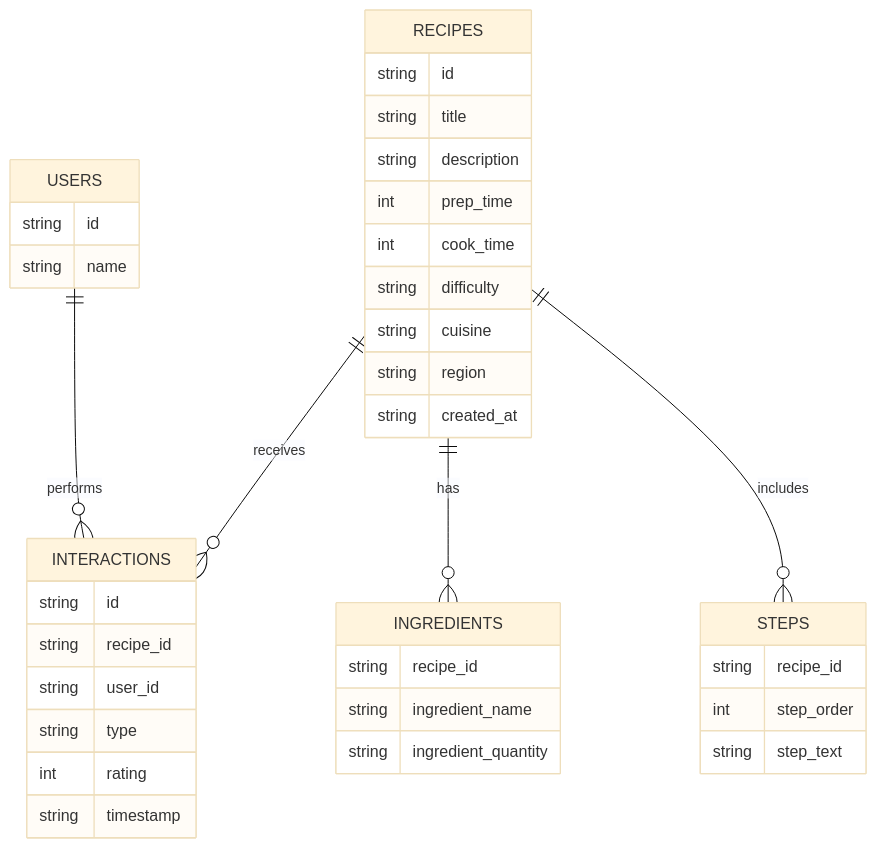
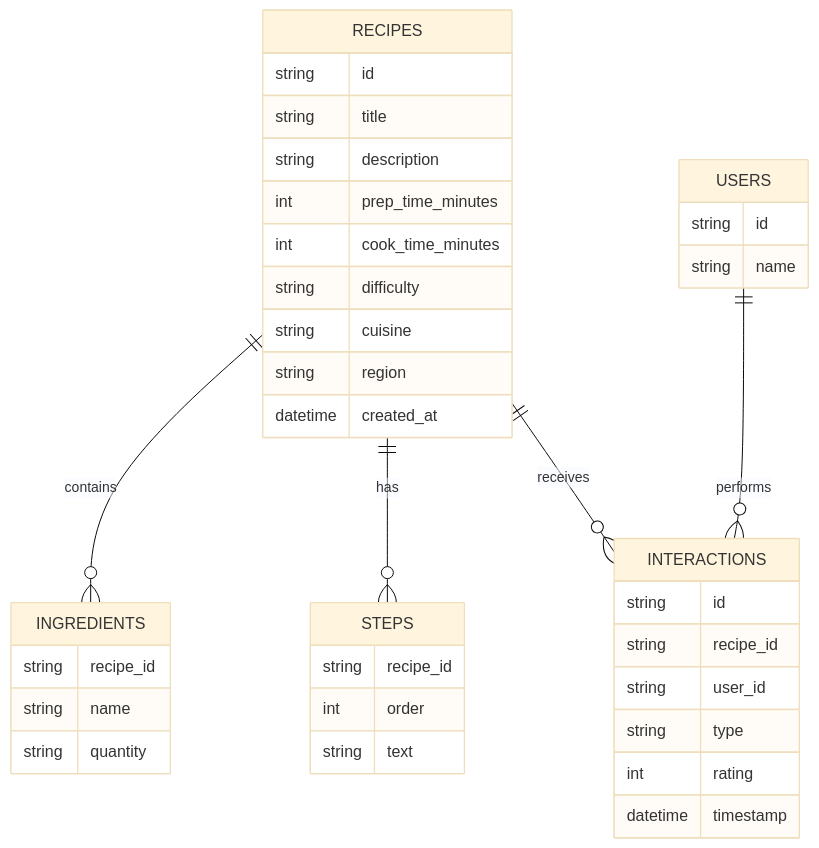
One commit to aadi432/recipe-pipeline changed the first of 2 diagrams in README.md. Above: the diagram before and after it, drawn with Mermaid (base theme). The commit also changed other lines of this file, not shown here.

```diff
--- a/README.md
+++ b/README.md
@@ -42,45 +63,45 @@
 ~~~mermaid
 erDiagram
-    USERS {
-        string id
-        string name
-    }
-
     RECIPES {
         string id
         string title
         string description
-        int prep_time
-        int cook_time
+        int prep_time_minutes
+        int cook_time_minutes
         string difficulty
         string cuisine
         string region
-        string created_at
+        datetime created_at
     }
 
     INGREDIENTS {
         string recipe_id
-        string ingredient_name
-        string ingredient_quantity
+        string name
+        string quantity
     }
 
     STEPS {
         string recipe_id
-        int step_order
-        string step_text
+        int order
+        string text
     }
 
     INTERACTIONS {
         string id
         string recipe_id
         string user_id
         string type
         int rating
-        string timestamp
+        datetime timestamp
     }
 
-    RECIPES ||--o{ INGREDIENTS : has
-    RECIPES ||--o{ STEPS : includes
-    USERS ||--o{ INTERACTIONS : performs
-    RECIPES ||--o{ INTERACTIONS : receives
+    USERS {
+        string id
+        string name
+    }
+
+    RECIPES ||--o{ INGREDIENTS : "contains"
+    RECIPES ||--o{ STEPS : "has"
+    RECIPES ||--o{ INTERACTIONS : "receives"
+    USERS ||--o{ INTERACTIONS : "performs"
 ~~~
```
